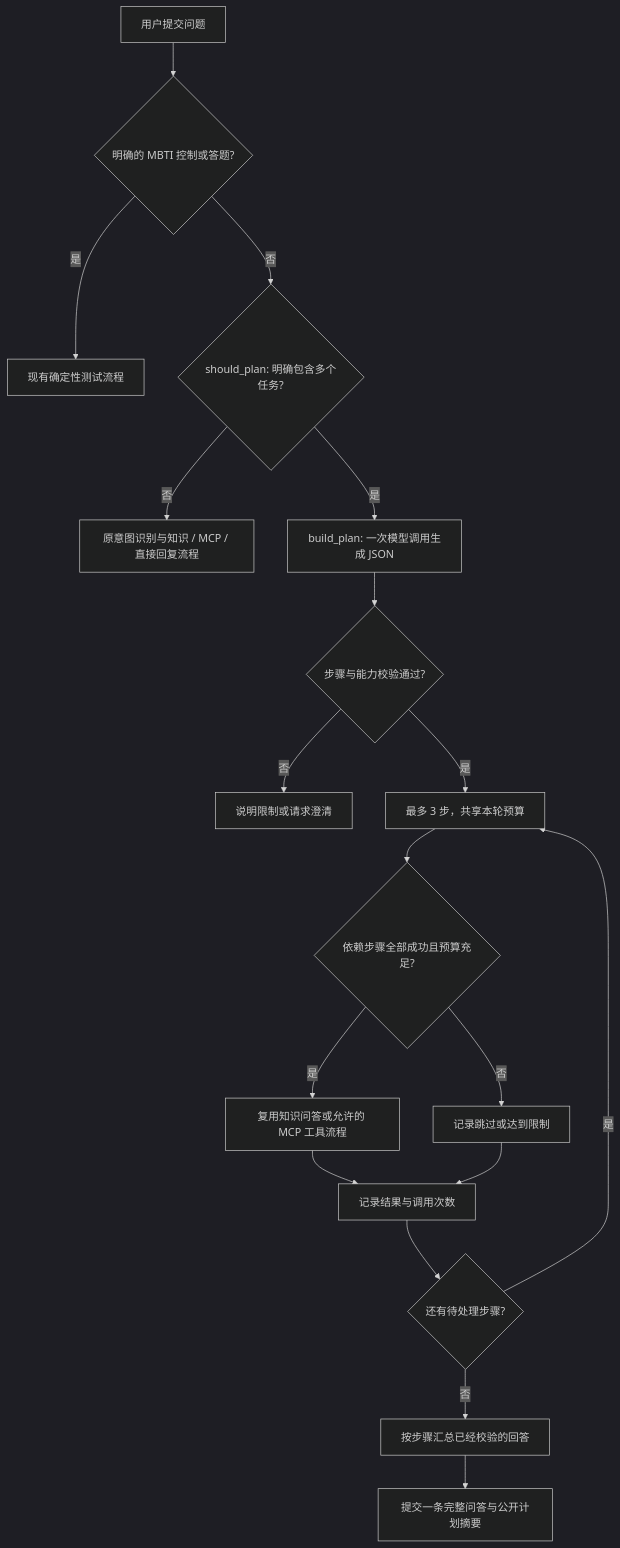
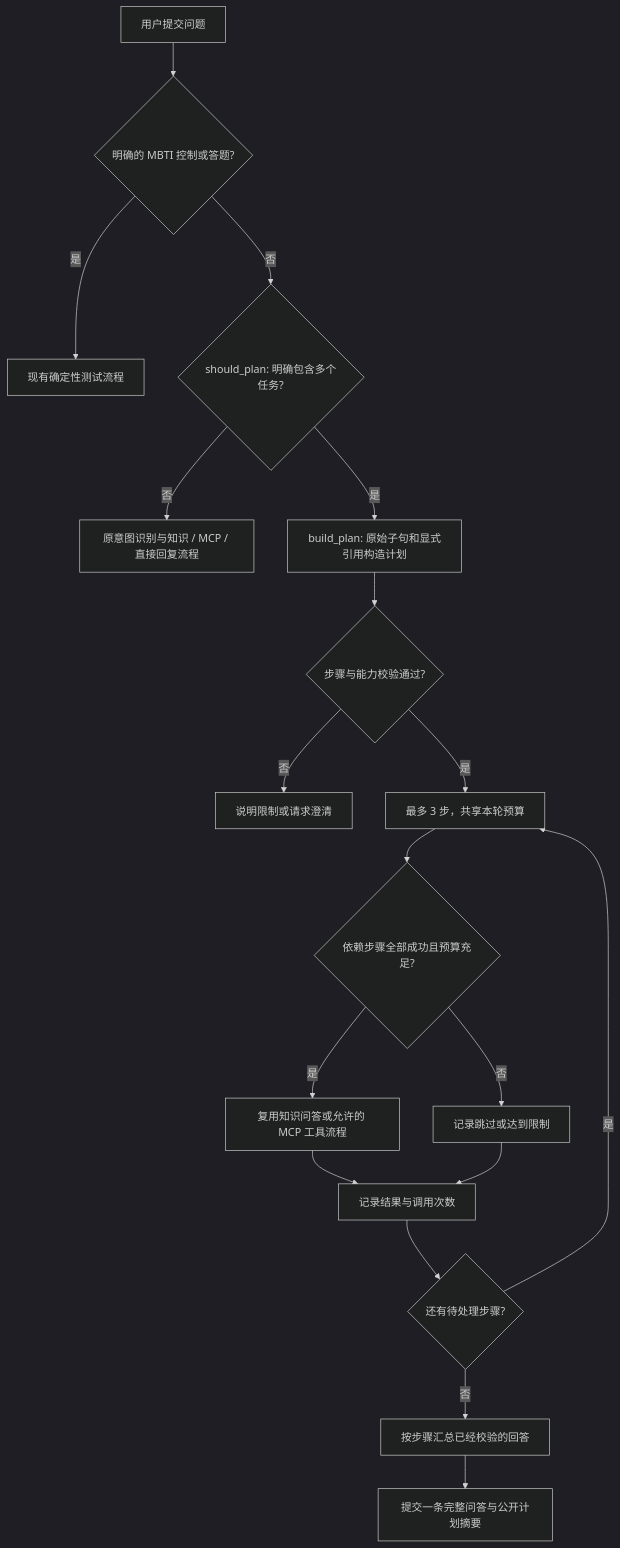
The diagram in project_docs/INTENT_PLANNING.md (yun883251-W/person_A), drawn with Mermaid (dark theme) before and after one commit. The commit also changed other lines of this file and 18 other files, not shown here.

````diff
--- a/project_docs/INTENT_PLANNING.md
+++ b/project_docs/INTENT_PLANNING.md
@@ -39,20 +39,20 @@
 ```mermaid
 flowchart TD
     A[用户提交问题] --> B{明确的 MBTI 控制或答题?}
     B -- 是 --> C[现有确定性测试流程]
     B -- 否 --> D{should_plan: 明确包含多个任务?}
     D -- 否 --> E[原意图识别与知识 / MCP / 直接回复流程]
-    D -- 是 --> F[build_plan: 一次模型调用生成 JSON]
+    D -- 是 --> F[build_plan: 原始子句和显式引用构造计划]
     F --> G{步骤与能力校验通过?}
     G -- 否 --> H[说明限制或请求澄清]
     G -- 是 --> I[最多 3 步，共享本轮预算]
     I --> J{依赖步骤全部成功且预算充足?}
     J -- 是 --> K[复用知识问答或允许的 MCP 工具流程]
     J -- 否 --> L[记录跳过或达到限制]
     K --> M[记录结果与调用次数]
     L --> M
     M --> N{还有待处理步骤?}
     N -- 是 --> I
     N -- 否 --> O[按步骤汇总已经校验的回答]
     O --> P[提交一条完整问答与公开计划摘要]
 ```
````
